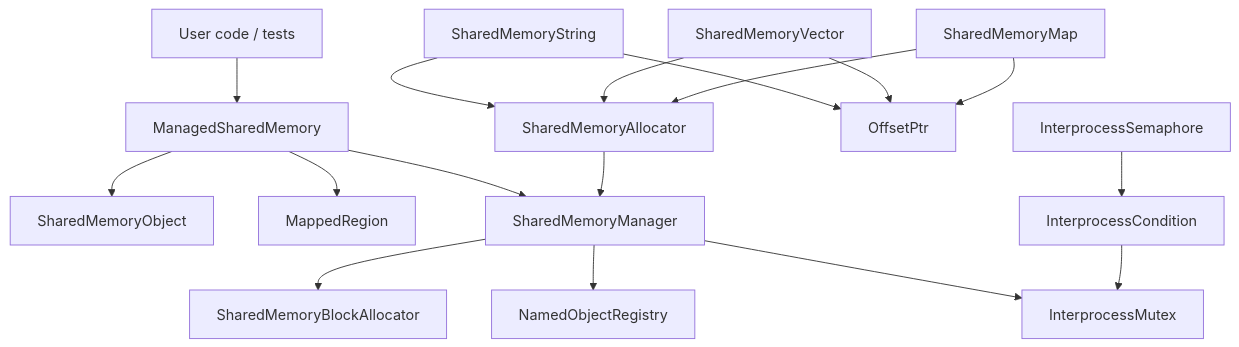
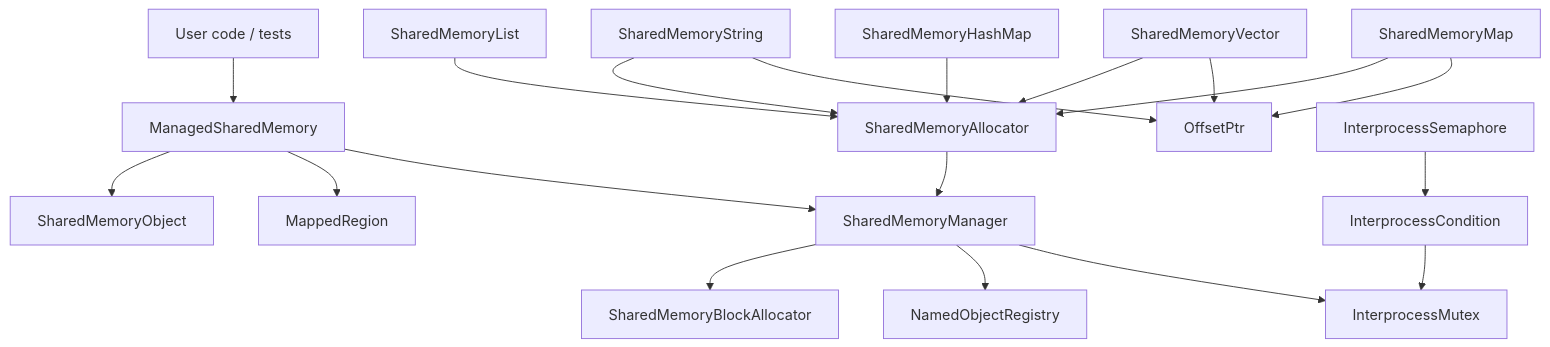
One commit to silencewings1/shm_next changed the first of 12 diagrams in docs/design_for_beginners.md. Above: the diagram before and after it, drawn with Mermaid. The commit also changed other lines of this file and 12 other files, not shown here.

````diff
--- a/docs/design_for_beginners.md
+++ b/docs/design_for_beginners.md
@@ -45,23 +45,25 @@
 ```mermaid
 flowchart TD
     App["User code / tests"] --> Managed["ManagedSharedMemory"]
     Managed --> ShmObj["SharedMemoryObject"]
     Managed --> Region["MappedRegion"]
     Managed --> Manager["SharedMemoryManager"]
 
     Manager --> BlockAlloc["SharedMemoryBlockAllocator"]
     Manager --> Registry["NamedObjectRegistry"]
     Manager --> ManagerMutex["InterprocessMutex"]
 
     Allocator["SharedMemoryAllocator<T>"] --> Manager
     String["SharedMemoryString"] --> Allocator
     Vector["SharedMemoryVector<T>"] --> Allocator
+    List["SharedMemoryList<T>"] --> Allocator
+    HashMap["SharedMemoryHashMap<K,V>"] --> Allocator
     Map["SharedMemoryMap<K,V>"] --> Allocator
 
     String --> OffsetPtr["OffsetPtr<T>"]
     Vector --> OffsetPtr
     Map --> OffsetPtr
 
     Condition["InterprocessCondition"] --> ManagerMutex
     Semaphore["InterprocessSemaphore"] --> Condition
 ```
````
